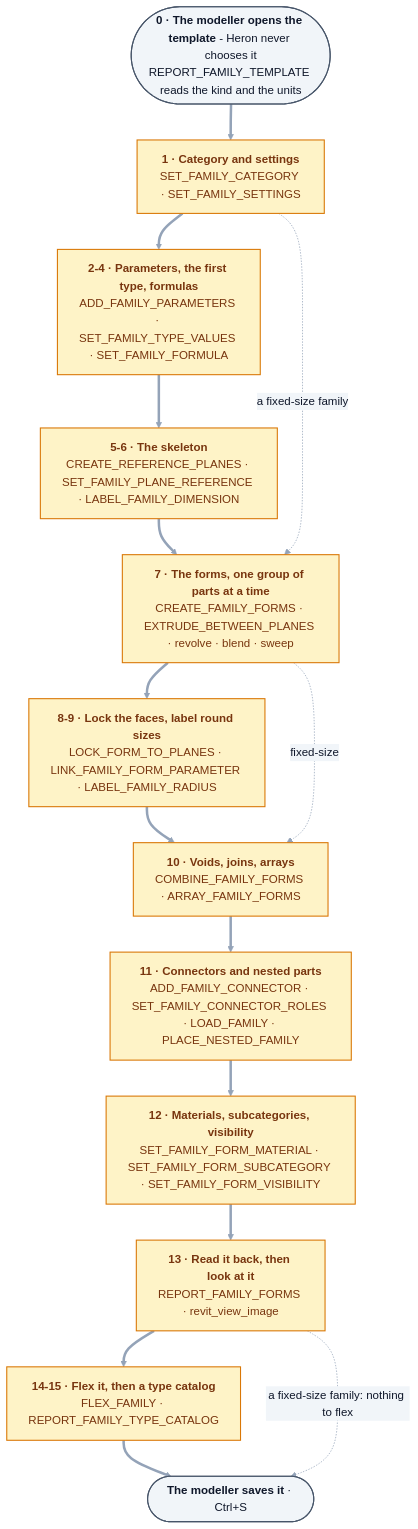
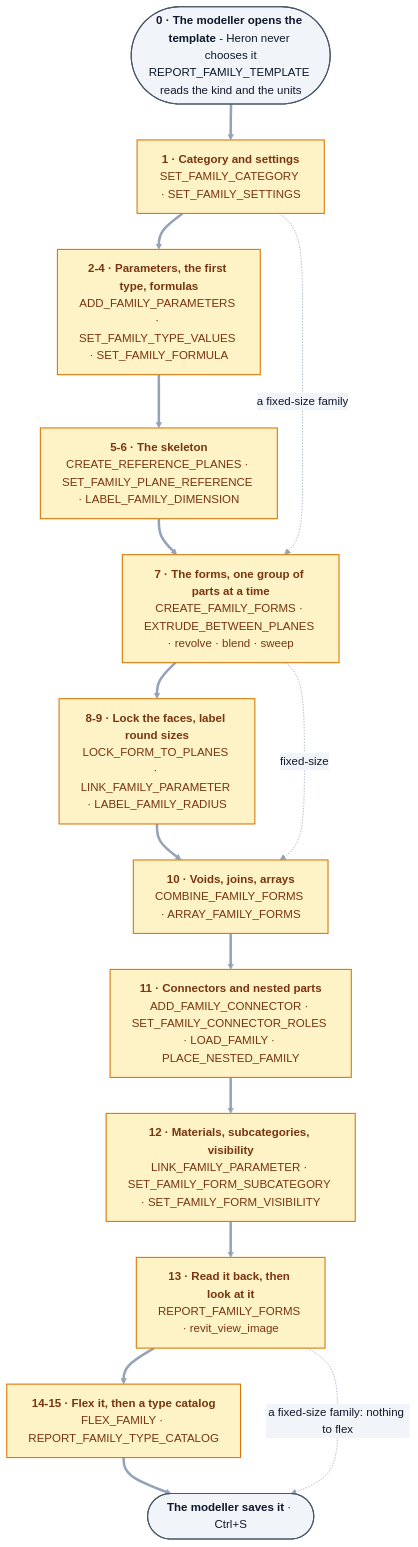
The diagram in docs/43-building-revit-families.md (Ajmalpshaik/Heron-AI), drawn with Mermaid before and after one commit. The commit also changed other lines of this file and 91 other files, not shown here.

````diff
--- a/docs/43-building-revit-families.md
+++ b/docs/43-building-revit-families.md
@@ -62,26 +62,26 @@
 ```mermaid
 %%{init: {"themeVariables": {"edgeLabelBackground":"#F1F5F9","lineColor":"#94A3B8","textColor":"#0F172A","tertiaryTextColor":"#0F172A"}}}%%
 flowchart TD
     S0(["<b>0 · The modeller opens the template</b> - Heron never chooses it<br/>REPORT_FAMILY_TEMPLATE reads the kind and the units"])
     S1["<b>1 · Category and settings</b><br/>SET_FAMILY_CATEGORY · SET_FAMILY_SETTINGS"]
     S2["<b>2-4 · Parameters, the first type, formulas</b><br/>ADD_FAMILY_PARAMETERS · SET_FAMILY_TYPE_VALUES · SET_FAMILY_FORMULA"]
     S5["<b>5-6 · The skeleton</b><br/>CREATE_REFERENCE_PLANES · SET_FAMILY_PLANE_REFERENCE · LABEL_FAMILY_DIMENSION"]
     S7["<b>7 · The forms, one group of parts at a time</b><br/>CREATE_FAMILY_FORMS · EXTRUDE_BETWEEN_PLANES · revolve · blend · sweep"]
-    S8["<b>8-9 · Lock the faces, label round sizes</b><br/>LOCK_FORM_TO_PLANES · LINK_FAMILY_FORM_PARAMETER · LABEL_FAMILY_RADIUS"]
+    S8["<b>8-9 · Lock the faces, label round sizes</b><br/>LOCK_FORM_TO_PLANES · LINK_FAMILY_PARAMETER · LABEL_FAMILY_RADIUS"]
     S10["<b>10 · Voids, joins, arrays</b><br/>COMBINE_FAMILY_FORMS · ARRAY_FAMILY_FORMS"]
     S11["<b>11 · Connectors and nested parts</b><br/>ADD_FAMILY_CONNECTOR · SET_FAMILY_CONNECTOR_ROLES · LOAD_FAMILY · PLACE_NESTED_FAMILY"]
-    S12["<b>12 · Materials, subcategories, visibility</b><br/>SET_FAMILY_FORM_MATERIAL · SET_FAMILY_FORM_SUBCATEGORY · SET_FAMILY_FORM_VISIBILITY"]
+    S12["<b>12 · Materials, subcategories, visibility</b><br/>LINK_FAMILY_PARAMETER · SET_FAMILY_FORM_SUBCATEGORY · SET_FAMILY_FORM_VISIBILITY"]
     S13["<b>13 · Read it back, then look at it</b><br/>REPORT_FAMILY_FORMS · revit_view_image"]
     S14["<b>14-15 · Flex it, then a type catalog</b><br/>FLEX_FAMILY · REPORT_FAMILY_TYPE_CATALOG"]
     SV(["<b>The modeller saves it</b> · Ctrl+S"])
 
     S0 ==> S1 ==> S2 ==> S5 ==> S7 ==> S8 ==> S10 ==> S11 ==> S12 ==> S13 ==> S14 ==> SV
     S1 -.->|a fixed-size family| S7
     S7 -.->|fixed-size| S10
     S13 -.->|a fixed-size family: nothing to flex| SV
 
     classDef user fill:#F1F5F9,stroke:#475569,stroke-width:1.5px,color:#0F172A
     classDef addin fill:#FEF3C7,stroke:#D97706,stroke-width:1.5px,color:#78350F
     class S0,SV user
     class S1,S2,S5,S7,S8,S10,S11,S12,S13,S14 addin
 ```
````
